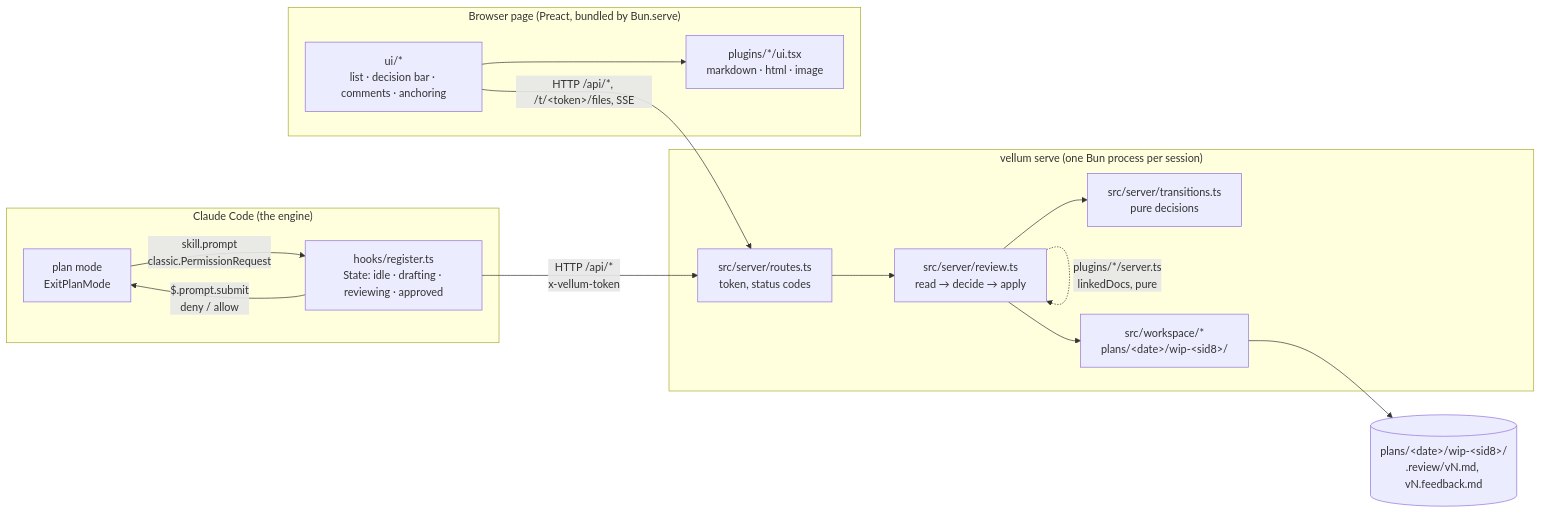
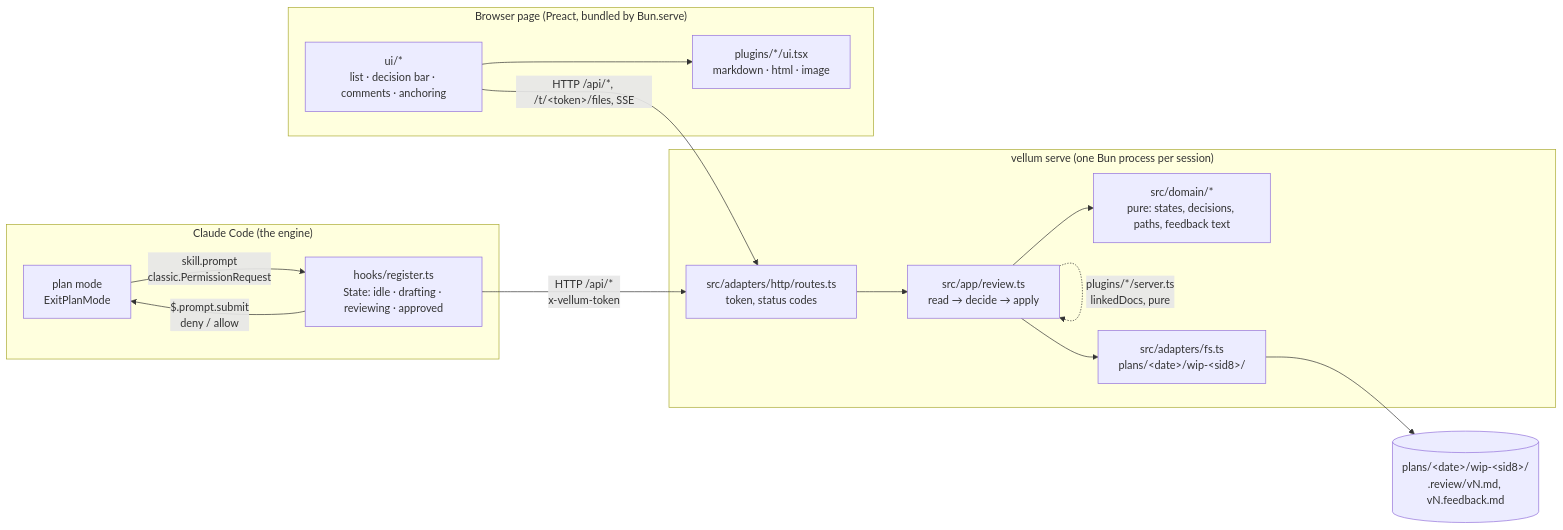
The first of 4 diagrams in vellum/docs/architecture.md (DYNOSuprovo/claude-code-plugins), drawn with Mermaid before and after one commit. The commit also changed other lines of this file and 36 other files, not shown here.

First line of the commit message:
refactor(vellum): hexagonal with a functional core: domain, app, adapters

````diff
--- a/vellum/docs/architecture.md
+++ b/vellum/docs/architecture.md
@@ -10,27 +10,27 @@
 ```mermaid
 flowchart LR
   subgraph engine["Claude Code (the engine)"]
     CC[plan mode<br/>ExitPlanMode]
     M["hooks/register.ts<br/>State: idle · drafting · reviewing · approved"]
     CC -- "skill.prompt<br/>classic.PermissionRequest" --> M
     M -- "$.prompt.submit<br/>deny / allow" --> CC
   end
   subgraph server["vellum serve (one Bun process per session)"]
-    R["src/server/routes.ts<br/>token, status codes"]
-    A["src/server/review.ts<br/>read → decide → apply"]
-    T["src/server/transitions.ts<br/>pure decisions"]
-    W["src/workspace/*<br/>plans/&lt;date&gt;/wip-&lt;sid8&gt;/"]
+    R["src/adapters/http/routes.ts<br/>token, status codes"]
+    A["src/app/review.ts<br/>read → decide → apply"]
+    T["src/domain/*<br/>pure: states, decisions, paths, feedback text"]
+    W["src/adapters/fs.ts<br/>plans/&lt;date&gt;/wip-&lt;sid8&gt;/"]
     R --> A --> T
     A --> W
   end
   subgraph page["Browser page (Preact, bundled by Bun.serve)"]
     U["ui/*<br/>list · decision bar · comments · anchoring"]
     P["plugins/*/ui.tsx<br/>markdown · html · image"]
     U --> P
   end
   M -- "HTTP /api/*<br/>x-vellum-token" --> R
   U -- "HTTP /api/*, /t/&lt;token&gt;/files, SSE" --> R
   A -. "plugins/*/server.ts<br/>linkedDocs, pure" .-> A
   F[("plans/&lt;date&gt;/wip-&lt;sid8&gt;/<br/>.review/vN.md, vN.feedback.md")]
   W --> F
 ```
````
